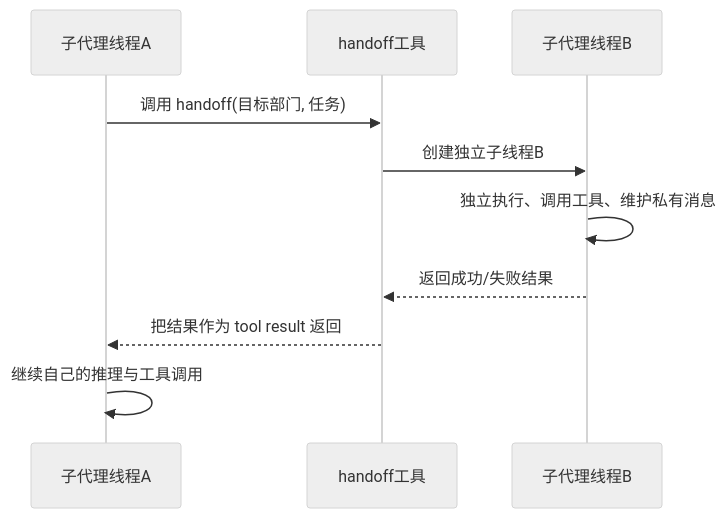
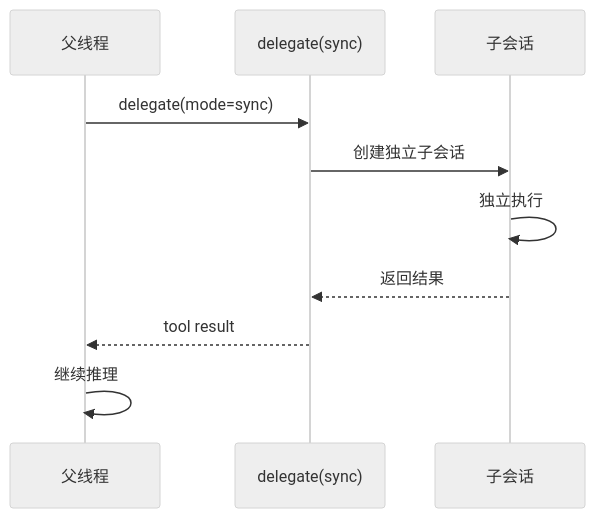
Before and after one commit to scraix/P-ai: the second of 2 diagrams in plan/20260312_委托线程模型重构计划.md, drawn with Mermaid (neutral theme). The commit also changed other lines of this file and 26 other files, not shown here.

Commit message:
refactor delegate runtime flow and unify archive/chat state consistency

````diff
--- a/plan/20260312_委托线程模型重构计划.md
+++ b/plan/20260312_委托线程模型重构计划.md
@@ -163,13 +256,13 @@
 ```mermaid
 sequenceDiagram
-    participant T1 as 子代理线程A
-    participant H as handoff工具
-    participant T2 as 子代理线程B
+    participant P as 父线程
+    participant D as delegate(sync)
+    participant S as 子会话
 
-    T1->>H: 调用 handoff(目标部门, 任务)
-    H->>T2: 创建独立子线程B
-    T2->>T2: 独立执行、调用工具、维护私有消息
-    T2-->>H: 返回成功/失败结果
-    H-->>T1: 把结果作为 tool result 返回
-    T1->>T1: 继续自己的推理与工具调用
+    P->>D: delegate(mode=sync)
+    D->>S: 创建独立子会话
+    S->>S: 独立执行
+    S-->>D: 返回结果
+    D-->>P: tool result
+    P->>P: 继续推理
 ```
````
